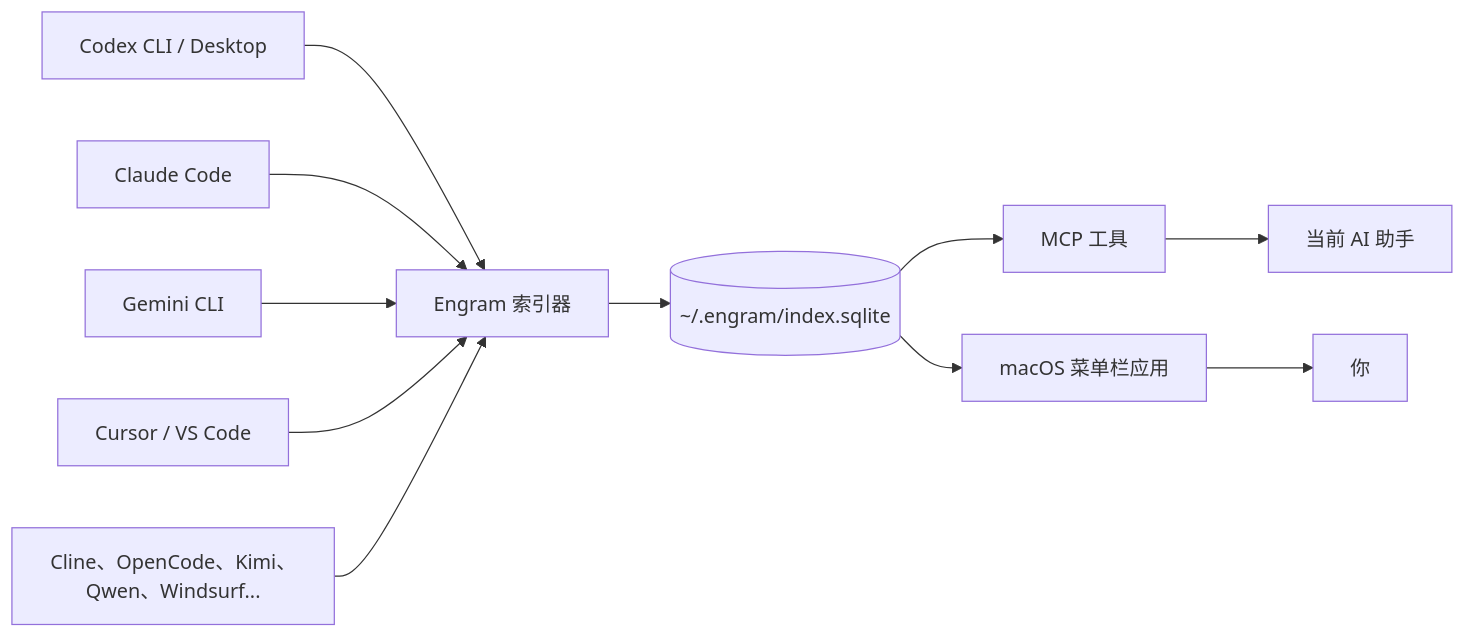
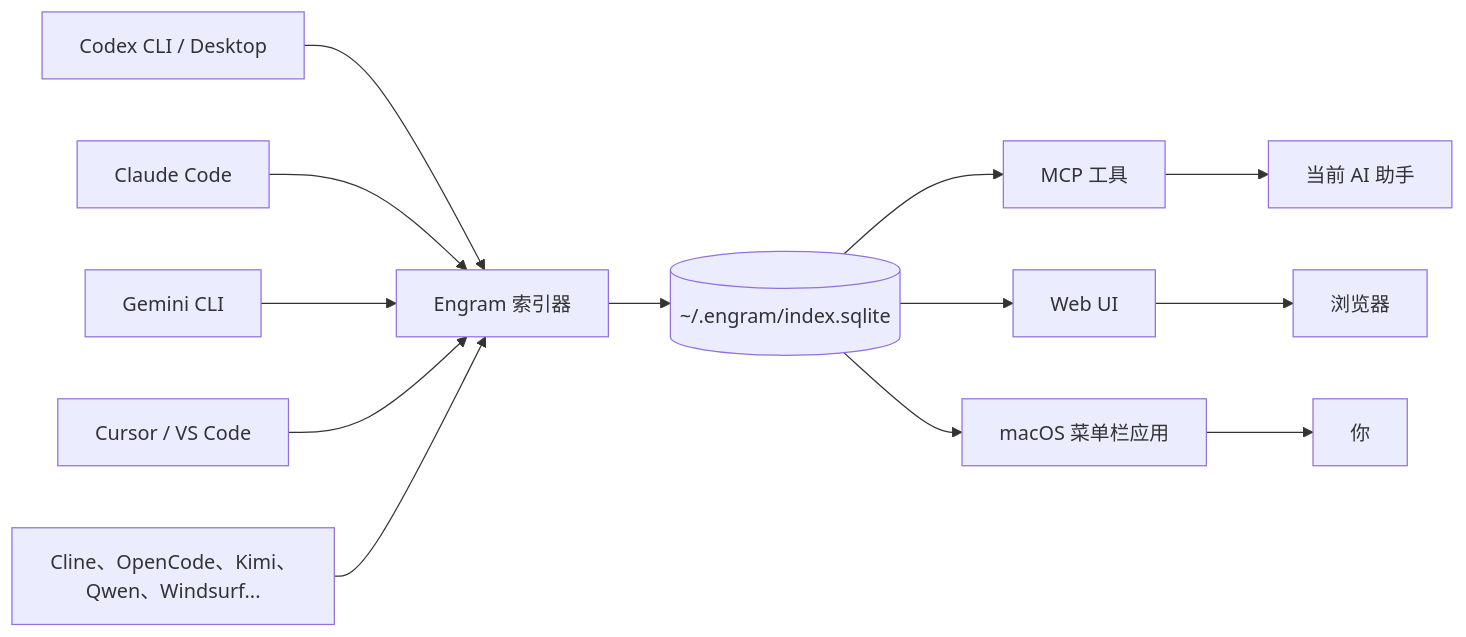
The first of 2 diagrams in README.zh-CN.md (bbingz/engram), drawn with Mermaid before and after one commit. The commit also changed other lines of this file and 2 other files, not shown here.

Commit message:
docs: document web and pi support

````diff
--- a/README.zh-CN.md
+++ b/README.zh-CN.md
@@ -21,21 +22,23 @@
 ```mermaid
 flowchart LR
   codex["Codex CLI / Desktop"]
   claude["Claude Code"]
   gemini["Gemini CLI"]
   cursor["Cursor / VS Code"]
   more["Cline、OpenCode、Kimi、Qwen、Windsurf..."]
 
   codex --> indexer["Engram 索引器"]
   claude --> indexer
   gemini --> indexer
   cursor --> indexer
   more --> indexer
 
   indexer --> sqlite[("~/.engram/index.sqlite")]
   sqlite --> mcp["MCP 工具"]
+  sqlite --> web["Web UI"]
   sqlite --> app["macOS 菜单栏应用"]
 
   mcp --> agents["当前 AI 助手"]
+  web --> browser["浏览器"]
   app --> you["你"]
 ```
````
